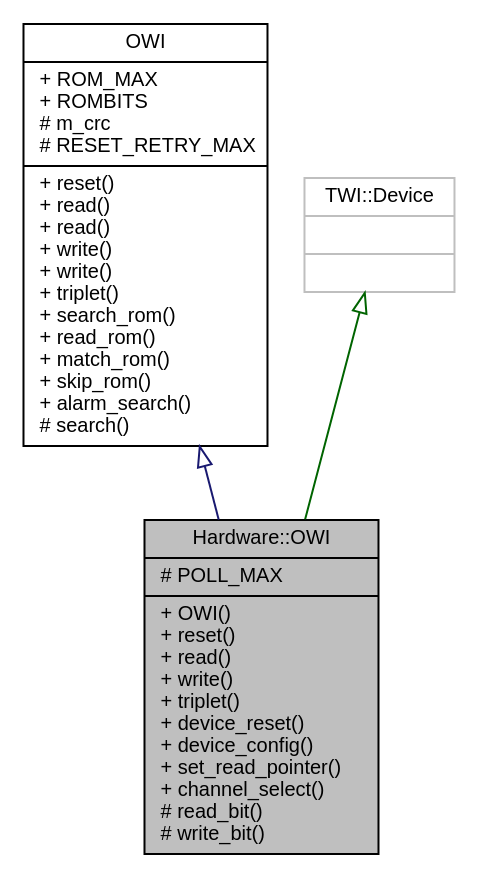
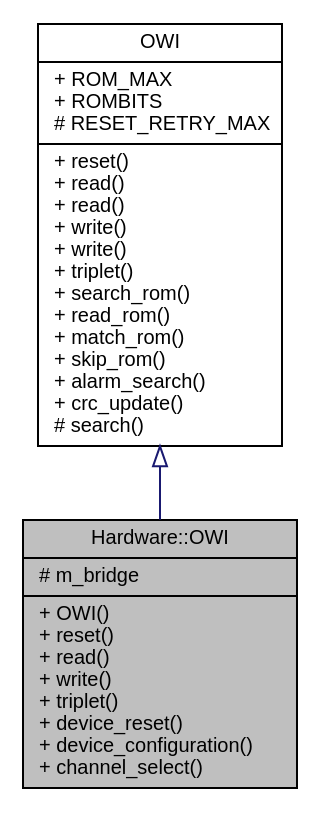
The diagram in Arduino-OWI/df/d4a/classHardware_1_1OWI__inherit__graph.dot (mikaelpatel/mikaelpatel.github.io), drawn with Graphviz before and after one commit. The commit also changed 194 other files, not shown here.

```diff
--- a/Arduino-OWI/df/d4a/classHardware_1_1OWI__inherit__graph.dot
+++ b/Arduino-OWI/df/d4a/classHardware_1_1OWI__inherit__graph.dot
@@ -1,10 +1,8 @@
 digraph "Hardware::OWI"
 {
   edge [fontname="Helvetica",fontsize="10",labelfontname="Helvetica",labelfontsize="10"];
   node [fontname="Helvetica",fontsize="10",shape=record];
-  Node1 [label="{Hardware::OWI\n|# POLL_MAX\l|+ OWI()\l+ reset()\l+ read()\l+ write()\l+ triplet()\l+ device_reset()\l+ device_config()\l+ set_read_pointer()\l+ channel_select()\l# read_bit()\l# write_bit()\l}",height=0.2,width=0.4,color="black", fillcolor="grey75", style="filled", fontcolor="black"];
+  Node1 [label="{Hardware::OWI\n|# m_bridge\l|+ OWI()\l+ reset()\l+ read()\l+ write()\l+ triplet()\l+ device_reset()\l+ device_configuration()\l+ channel_select()\l}",height=0.2,width=0.4,color="black", fillcolor="grey75", style="filled", fontcolor="black"];
   Node2 -> Node1 [dir="back",color="midnightblue",fontsize="10",style="solid",arrowtail="onormal",fontname="Helvetica"];
-  Node2 [label="{OWI\n|+ ROM_MAX\l+ ROMBITS\l# m_crc\l# RESET_RETRY_MAX\l|+ reset()\l+ read()\l+ read()\l+ write()\l+ write()\l+ triplet()\l+ search_rom()\l+ read_rom()\l+ match_rom()\l+ skip_rom()\l+ alarm_search()\l# search()\l}",height=0.2,width=0.4,color="black", fillcolor="white", style="filled",URL="$d7/d90/classOWI.html"];
-  Node3 -> Node1 [dir="back",color="darkgreen",fontsize="10",style="solid",arrowtail="onormal",fontname="Helvetica"];
-  Node3 [label="{TWI::Device\n||}",height=0.2,width=0.4,color="grey75", fillcolor="white", style="filled"];
+  Node2 [label="{OWI\n|+ ROM_MAX\l+ ROMBITS\l# RESET_RETRY_MAX\l|+ reset()\l+ read()\l+ read()\l+ write()\l+ write()\l+ triplet()\l+ search_rom()\l+ read_rom()\l+ match_rom()\l+ skip_rom()\l+ alarm_search()\l+ crc_update()\l# search()\l}",height=0.2,width=0.4,color="black", fillcolor="white", style="filled",URL="$d7/d90/classOWI.html"];
 }
```
